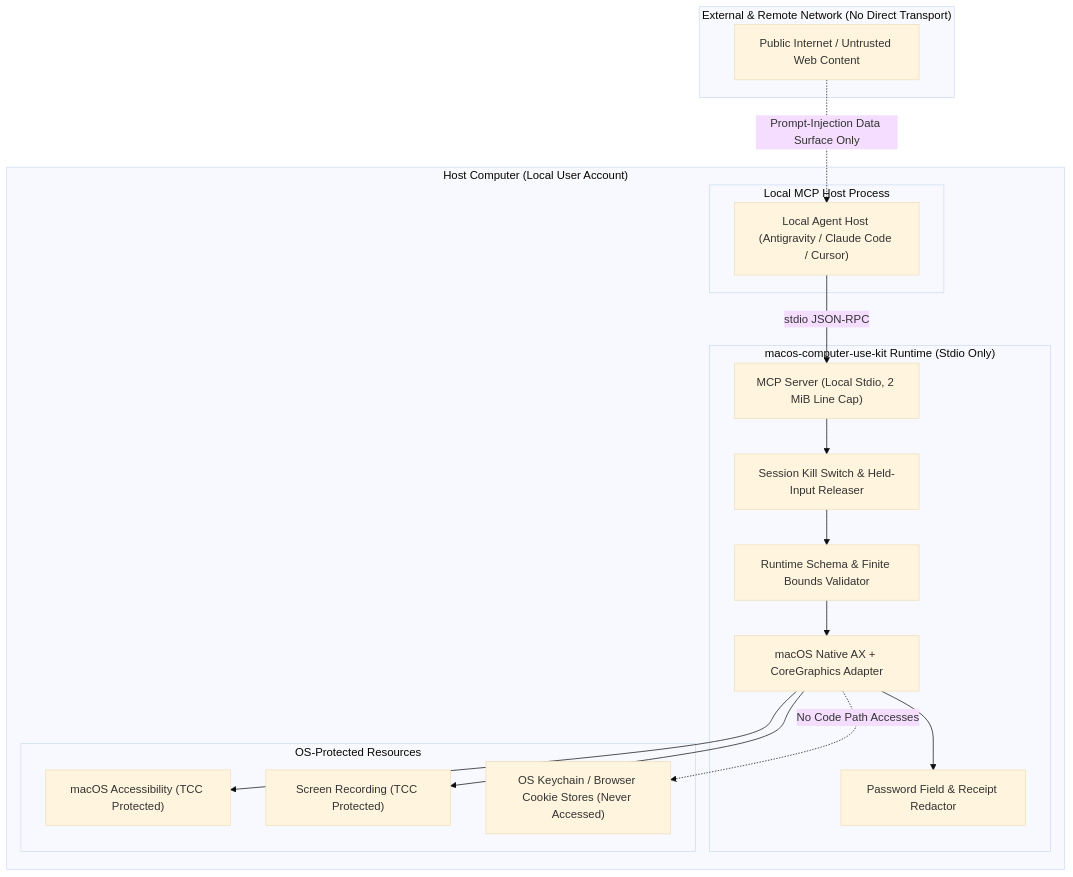
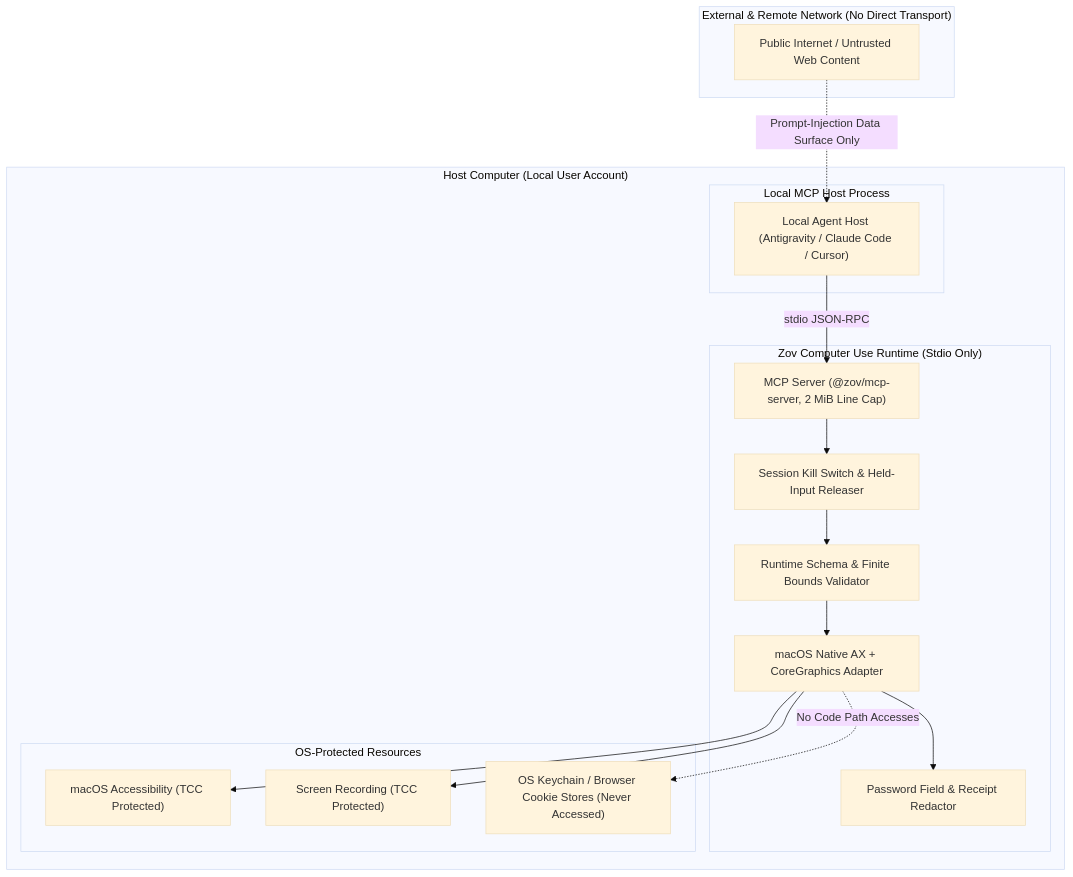
The diagram in docs/SECURITY_MODEL.md (timexingxin/zov-computer-use), drawn with Mermaid (base theme) before and after one commit. The commit also changed other lines of this file and 40 other files, not shown here.

First line of the commit message:
feat!: rebrand to Zov Computer Use (zov-cua v1.0.0) & remove legacy bridges

````diff
--- a/docs/SECURITY_MODEL.md
+++ b/docs/SECURITY_MODEL.md
@@ -9,38 +9,38 @@
 ```mermaid
 flowchart TD
     subgraph UntrustedZone["External & Remote Network (No Direct Transport)"]
         Internet["Public Internet / Untrusted Web Content"]
     end
 
     subgraph HostBoundary["Host Computer (Local User Account)"]
         subgraph LocalMCPClient["Local MCP Host Process"]
             LocalAgent["Local Agent Host (Antigravity / Claude Code / Cursor)"]
         end
 
-        subgraph CUAProcess["macos-computer-use-kit Runtime (Stdio Only)"]
-            MCPEndpoint["MCP Server (Local Stdio, 2 MiB Line Cap)"]
+        subgraph CUAProcess["Zov Computer Use Runtime (Stdio Only)"]
+            MCPEndpoint["MCP Server (@zov/mcp-server, 2 MiB Line Cap)"]
             SchemaGate["Runtime Schema & Finite Bounds Validator"]
             Redactor["Password Field & Receipt Redactor"]
             SafetyLatch["Session Kill Switch & Held-Input Releaser"]
             CoreEngine["macOS Native AX + CoreGraphics Adapter"]
         end
 
         subgraph OSProtectedLayer["OS-Protected Resources"]
             AXAPIs["macOS Accessibility (TCC Protected)"]
             ScreenRecording["Screen Recording (TCC Protected)"]
             Keychain["OS Keychain / Browser Cookie Stores (Never Accessed)"]
         end
     end
 
     Internet -.->|Prompt-Injection Data Surface Only| LocalAgent
     LocalAgent -->|stdio JSON-RPC| MCPEndpoint
 
     MCPEndpoint --> SafetyLatch
     SafetyLatch --> SchemaGate
     SchemaGate --> CoreEngine
     CoreEngine --> Redactor
 
     CoreEngine --> AXAPIs
     CoreEngine --> ScreenRecording
     CoreEngine -.->|No Code Path Accesses| Keychain
 ```
````
